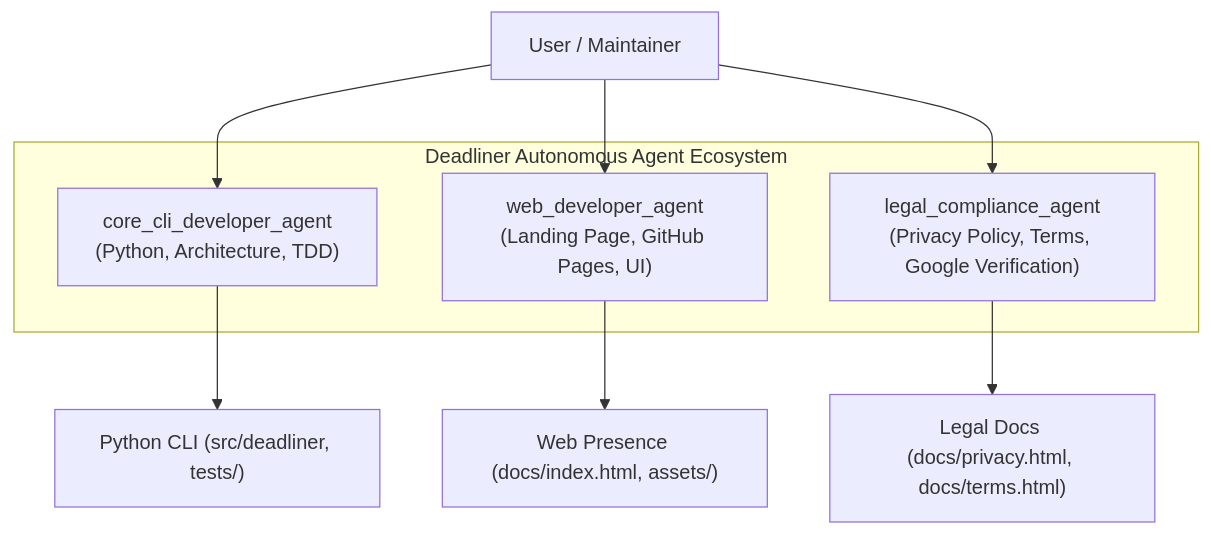
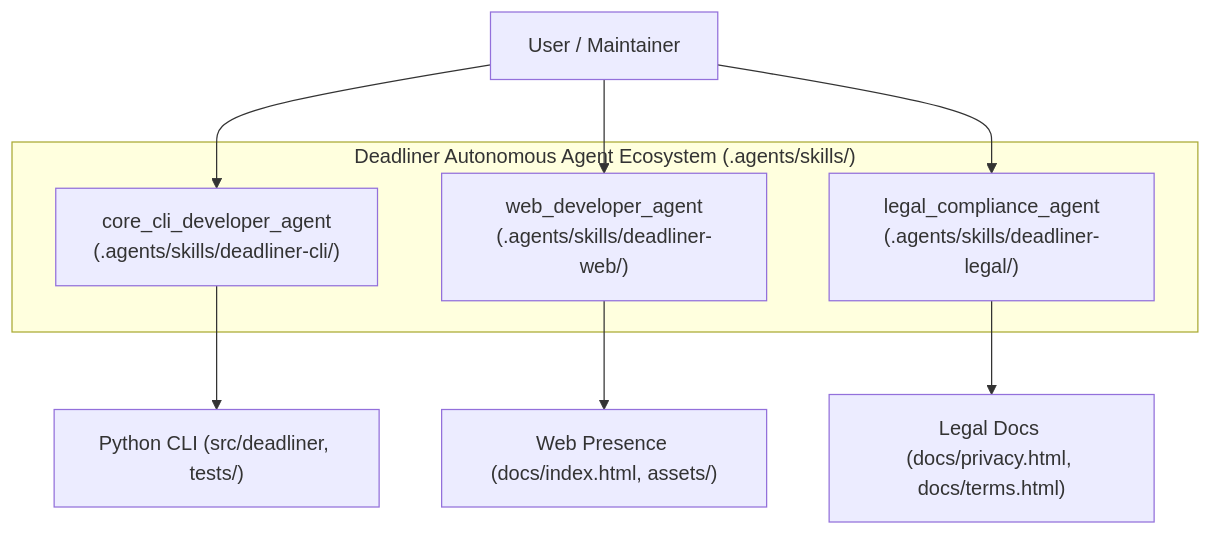
The diagram in AGENTS.md (vkatsel/deadliner), drawn with Mermaid before and after one commit. The commit also changed other lines of this file and 8 other files, not shown here.

Commit message:
docs: establish product backlog, v2 tech spec, Google appeal letter, and modular agent skills

````diff
--- a/AGENTS.md
+++ b/AGENTS.md
@@ -30,18 +35,18 @@
 ```mermaid
 flowchart TD
     User["User / Maintainer"]
     
-    subgraph Agents["Deadliner Autonomous Agent Ecosystem"]
-        CoreAgent["core_cli_developer_agent<br/>(Python, Architecture, TDD)"]
-        WebAgent["web_developer_agent<br/>(Landing Page, GitHub Pages, UI)"]
-        LegalAgent["legal_compliance_agent<br/>(Privacy Policy, Terms, Google Verification)"]
+    subgraph Agents["Deadliner Autonomous Agent Ecosystem (.agents/skills/)"]
+        CoreAgent["core_cli_developer_agent<br/>(.agents/skills/deadliner-cli/)"]
+        WebAgent["web_developer_agent<br/>(.agents/skills/deadliner-web/)"]
+        LegalAgent["legal_compliance_agent<br/>(.agents/skills/deadliner-legal/)"]
     end
     
     User --> CoreAgent
     User --> WebAgent
     User --> LegalAgent
     
     CoreAgent --> Codebase["Python CLI (src/deadliner, tests/)"]
     WebAgent --> Landing["Web Presence (docs/index.html, assets/)"]
     LegalAgent --> Compliance["Legal Docs (docs/privacy.html, docs/terms.html)"]
 ```
````
